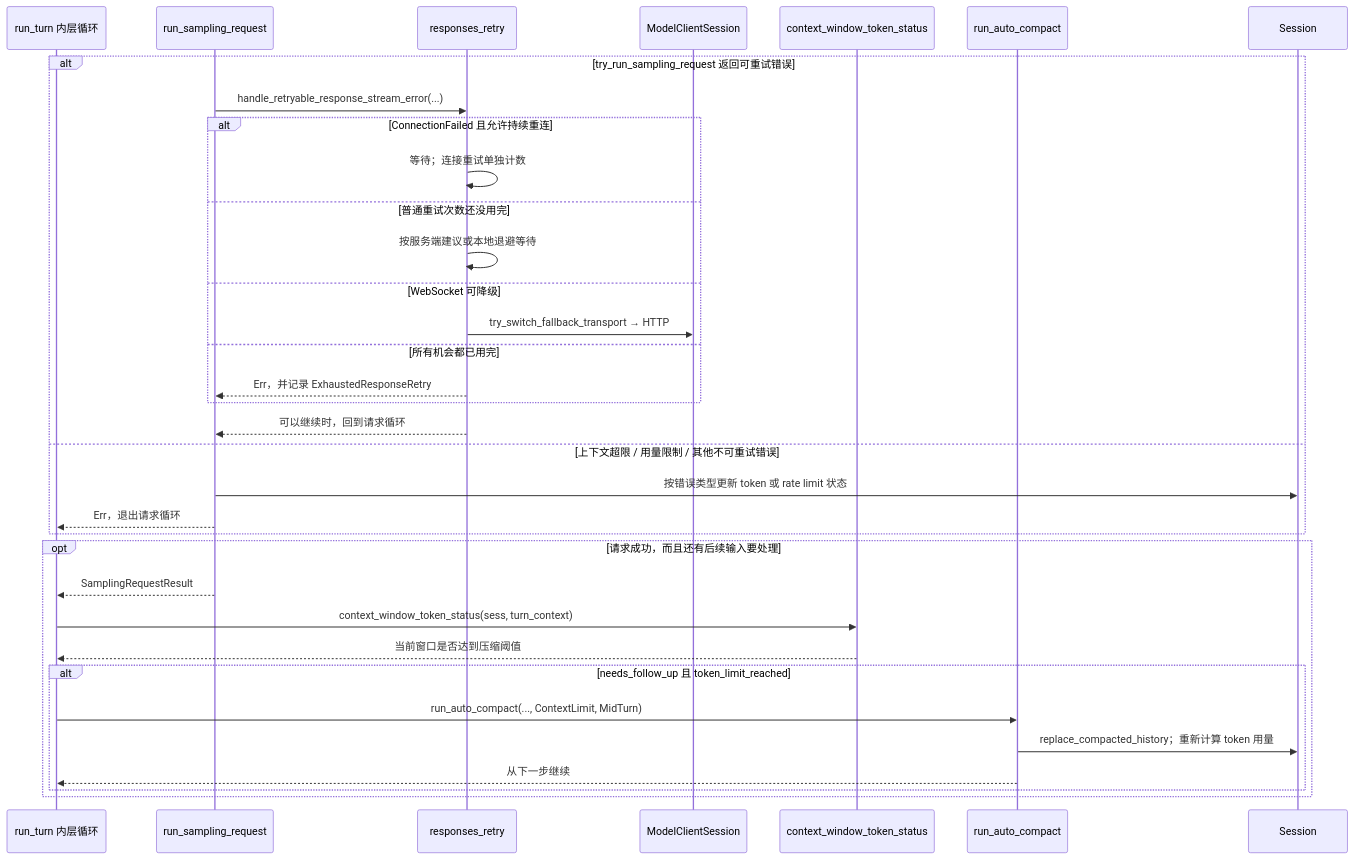
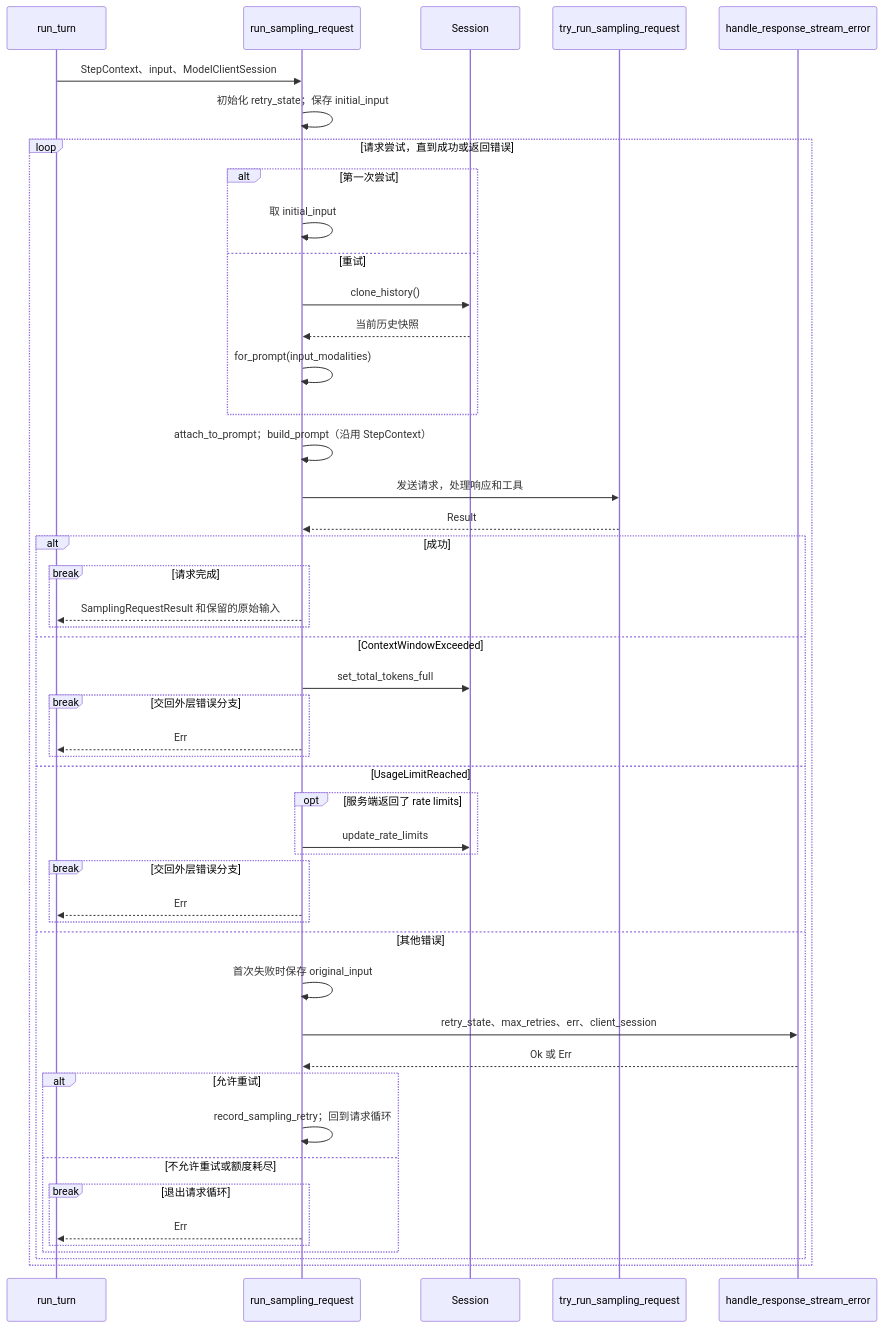
Before and after one commit to nickqiaoo/nickqiaoo.github.io: diagram 26 of 32 in src/content/post/agents-codex/index.md, drawn with Mermaid. The commit also changed other lines of this file and 2 other files, not shown here.

````diff
--- a/src/content/post/agents-codex/index.md
+++ b/src/content/post/agents-codex/index.md
@@ -1816,37 +1918,51 @@
 ```mermaid
 sequenceDiagram
-  participant RT as run_turn 内层循环
-  participant SR as run_sampling_request
-  participant RS as responses_retry
-  participant MC as ModelClientSession
-  participant CW as context_window_token_status
-  participant AC as run_auto_compact
-  participant S as Session
+  participant R as run_turn
+  participant S as run_sampling_request
+  participant H as Session
+  participant T as try_run_sampling_request
+  participant E as handle_response_stream_error
 
-  alt try_run_sampling_request 返回可重试错误
-    SR->>RS: handle_retryable_response_stream_error(...)
-    alt ConnectionFailed 且允许持续重连
-      RS->>RS: 等待；连接重试单独计数
-    else 普通重试次数还没用完
-      RS->>RS: 按服务端建议或本地退避等待
-    else WebSocket 可降级
-      RS->>MC: try_switch_fallback_transport → HTTP
-    else 所有机会都已用完
-      RS-->>SR: Err，并记录 ExhaustedResponseRetry
+  R->>S: StepContext、input、ModelClientSession
+  S->>S: 初始化 retry_state；保存 initial_input
+  loop 请求尝试，直到成功或返回错误
+    alt 第一次尝试
+      S->>S: 取 initial_input
+    else 重试
+      S->>H: clone_history()
+      H-->>S: 当前历史快照
+      S->>S: for_prompt(input_modalities)
     end
-    RS-->>SR: 可以继续时，回到请求循环
-  else 上下文超限 / 用量限制 / 其他不可重试错误
-    SR->>S: 按错误类型更新 token 或 rate limit 状态
-    SR-->>RT: Err，退出请求循环
-  end
-  opt 请求成功，而且还有后续输入要处理
-    SR-->>RT: SamplingRequestResult
-    RT->>CW: context_window_token_status(sess, turn_context)
-    CW-->>RT: 当前窗口是否达到压缩阈值
-    alt needs_follow_up 且 token_limit_reached
-      RT->>AC: run_auto_compact(..., ContextLimit, MidTurn)
-      AC->>S: replace_compacted_history；重新计算 token 用量
-      AC-->>RT: 从下一步继续
+    S->>S: attach_to_prompt；build_prompt（沿用 StepContext）
+    S->>T: 发送请求，处理响应和工具
+    T-->>S: Result
+    alt 成功
+      break 请求完成
+        S-->>R: SamplingRequestResult 和保留的原始输入
+      end
+    else ContextWindowExceeded
+      S->>H: set_total_tokens_full
+      break 交回外层错误分支
+        S-->>R: Err
+      end
+    else UsageLimitReached
+      opt 服务端返回了 rate limits
+        S->>H: update_rate_limits
+      end
+      break 交回外层错误分支
+        S-->>R: Err
+      end
+    else 其他错误
+      S->>S: 首次失败时保存 original_input
+      S->>E: retry_state、max_retries、err、client_session
+      E-->>S: Ok 或 Err
+      alt 允许重试
+        S->>S: record_sampling_retry；回到请求循环
+      else 不允许重试或额度耗尽
+        break 退出请求循环
+          S-->>R: Err
+        end
+      end
     end
   end
 ```
````
